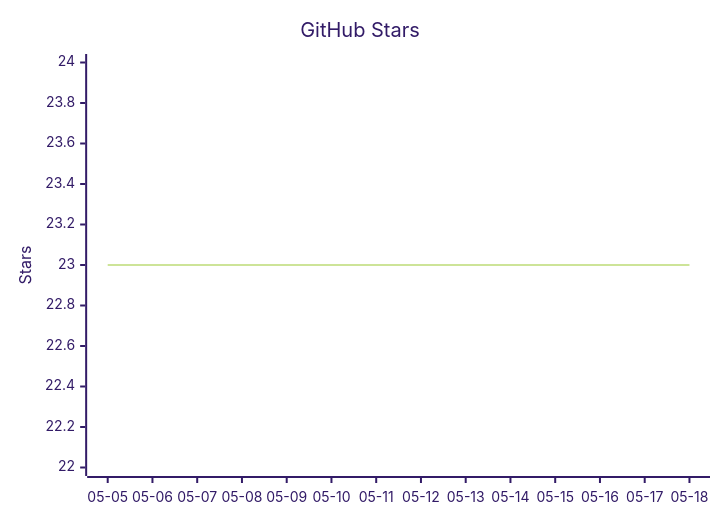
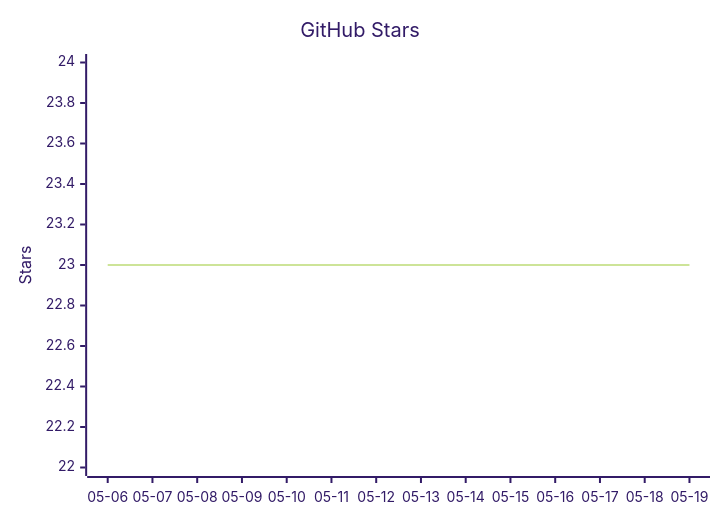
One commit to vectie/moonclaw changed the diagram in README.mbt.md. Above: the diagram before and after it, drawn with Mermaid (forest theme). The commit also changed other lines of this file and 1 other file, not shown here.

Commit message:
Update README star growth

````diff
--- a/README.mbt.md
+++ b/README.mbt.md
@@ -489,7 +489,7 @@
 ```mermaid
 xychart-beta
     title "GitHub Stars"
-    x-axis ["05-05","05-06","05-07","05-08","05-09","05-10","05-11","05-12","05-13","05-14","05-15","05-16","05-17","05-18"]
+    x-axis ["05-06","05-07","05-08","05-09","05-10","05-11","05-12","05-13","05-14","05-15","05-16","05-17","05-18","05-19"]
     y-axis "Stars" 22 --> 24
     line [23,23,23,23,23,23,23,23,23,23,23,23,23,23]
 ```
````
